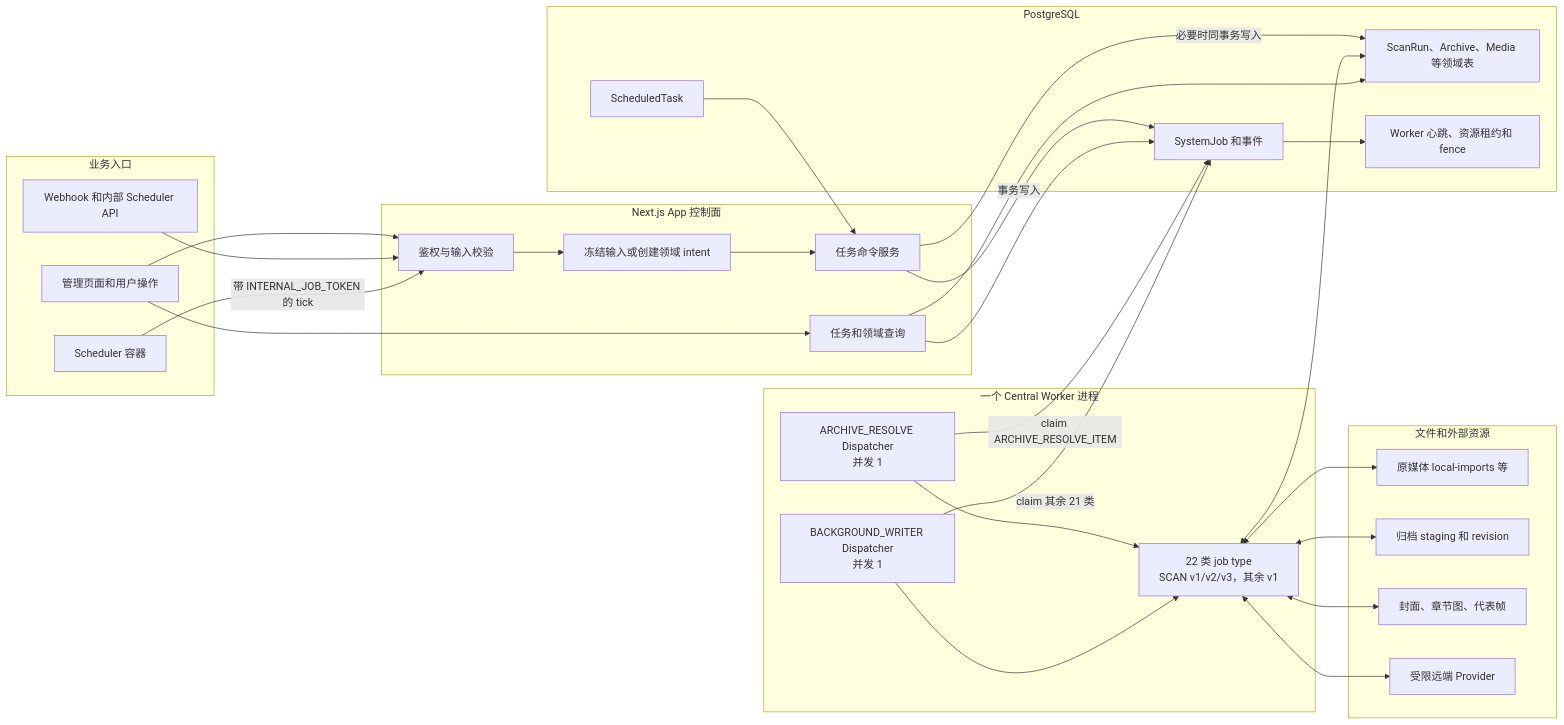
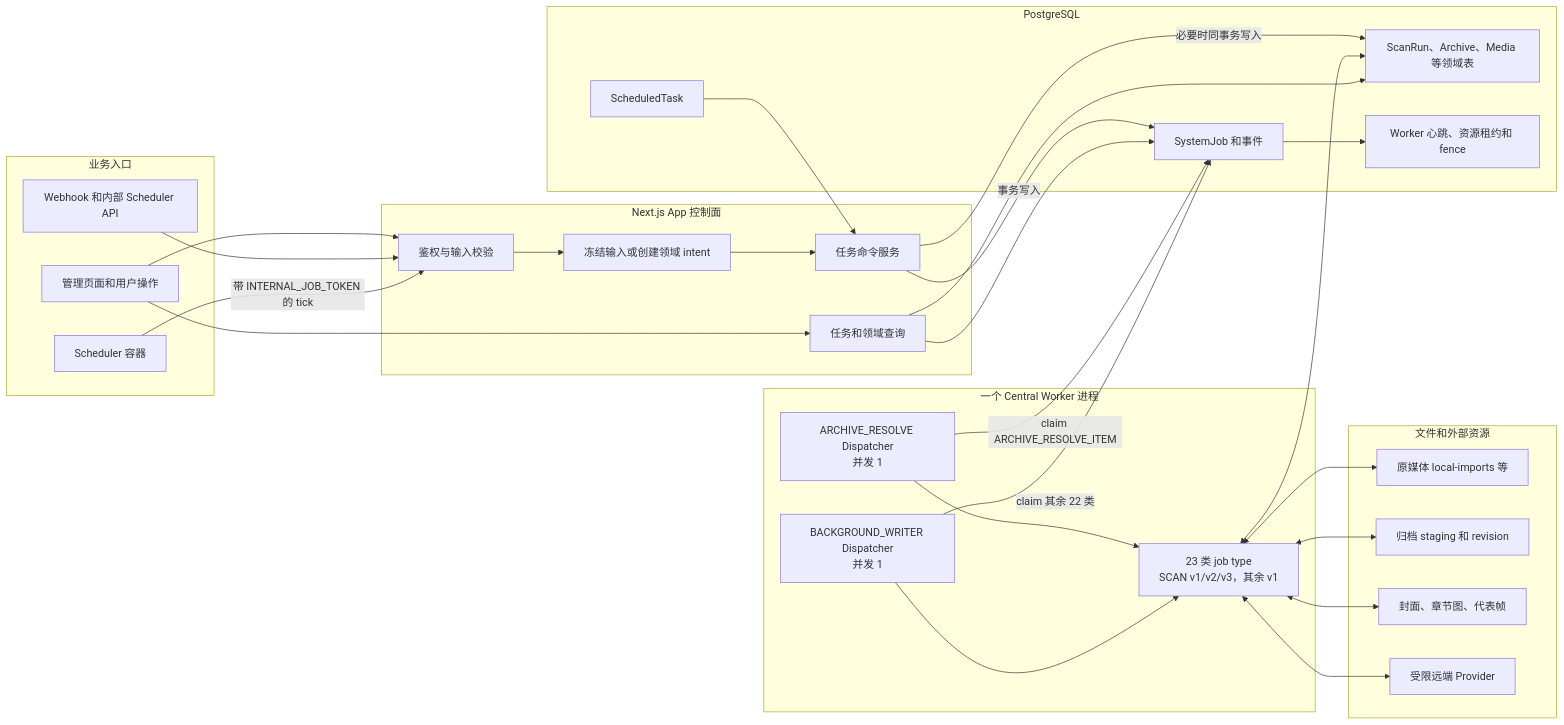
The first of 12 diagrams in docs/architecture/background-job-business-flows.md (namehu/PixiShelf), drawn with Mermaid before and after one commit. The commit also changed other lines of this file and 132 other files, not shown here.

````diff
--- a/docs/architecture/background-job-business-flows.md
+++ b/docs/architecture/background-job-business-flows.md
@@ -50,56 +50,56 @@
 ```mermaid
 flowchart LR
   subgraph Entry[业务入口]
     UI[管理页面和用户操作]
     API[Webhook 和内部 Scheduler API]
     SCH[Scheduler 容器]
   end
 
   subgraph App[Next.js App 控制面]
     AUTH[鉴权与输入校验]
     SNAP[冻结输入或创建领域 intent]
     CMD[任务命令服务]
     READ[任务和领域查询]
   end
 
   subgraph DB[PostgreSQL]
     TASK[ScheduledTask]
     JOB[SystemJob 和事件]
     DOMAIN[ScanRun、Archive、Media 等领域表]
     LEASE[Worker 心跳、资源租约和 fence]
   end
 
   subgraph Worker[一个 Central Worker 进程]
     RESOLVE[ARCHIVE_RESOLVE Dispatcher\n并发 1]
     WRITER[BACKGROUND_WRITER Dispatcher\n并发 1]
-    EXEC[22 类 job type\nSCAN v1/v2/v3，其余 v1]
+    EXEC[23 类 job type\nSCAN v1/v2/v3，其余 v1]
   end
 
   subgraph Storage[文件和外部资源]
     SOURCE[原媒体 local-imports 等]
     ARCHIVE[归档 staging 和 revision]
     DERIVED[封面、章节图、代表帧]
     REMOTE[受限远端 Provider]
   end
 
   UI --> AUTH
   API --> AUTH
   SCH -->|带 INTERNAL_JOB_TOKEN 的 tick| AUTH
   AUTH --> SNAP --> CMD
   TASK --> CMD
   CMD -->|事务写入| JOB
   CMD -->|必要时同事务写入| DOMAIN
   RESOLVE -->|claim ARCHIVE_RESOLVE_ITEM| JOB
-  WRITER -->|claim 其余 21 类| JOB
+  WRITER -->|claim 其余 22 类| JOB
   JOB --> LEASE
   RESOLVE --> EXEC
   WRITER --> EXEC
   EXEC <--> DOMAIN
   EXEC <--> SOURCE
   EXEC <--> ARCHIVE
   EXEC <--> DERIVED
   EXEC <--> REMOTE
   READ --> JOB
   READ --> DOMAIN
   UI --> READ
 ```
````
